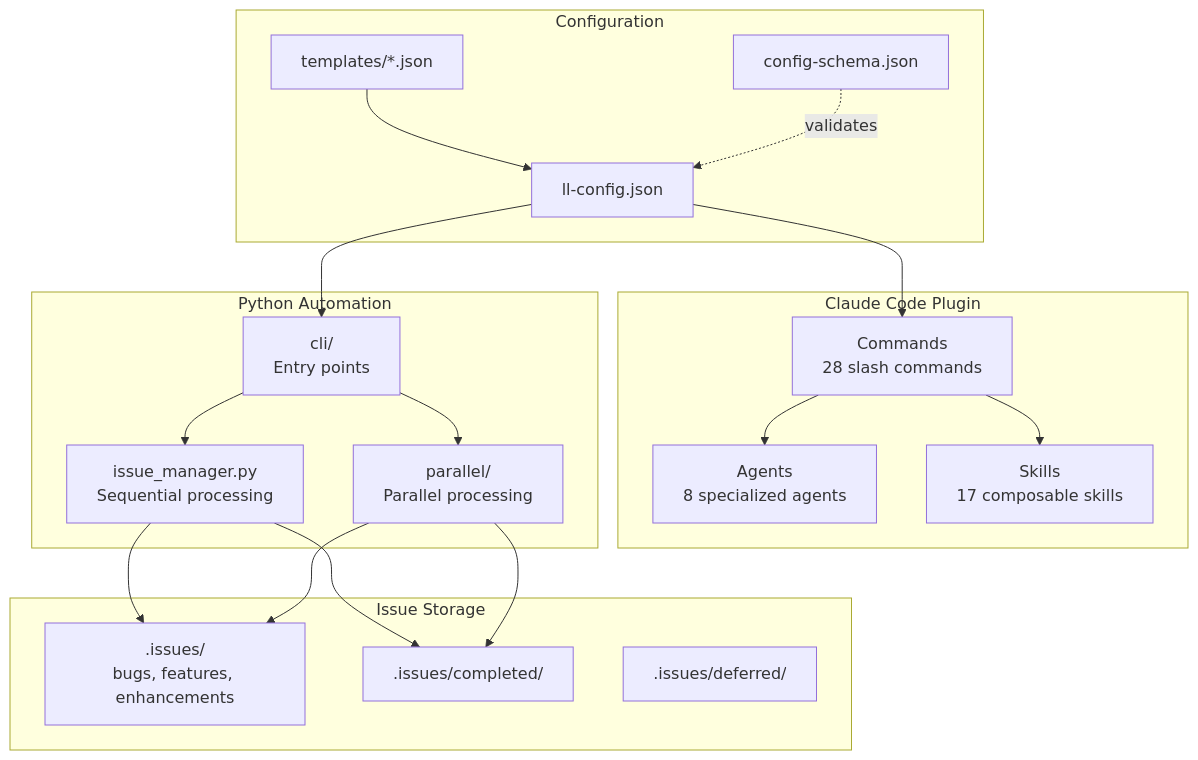
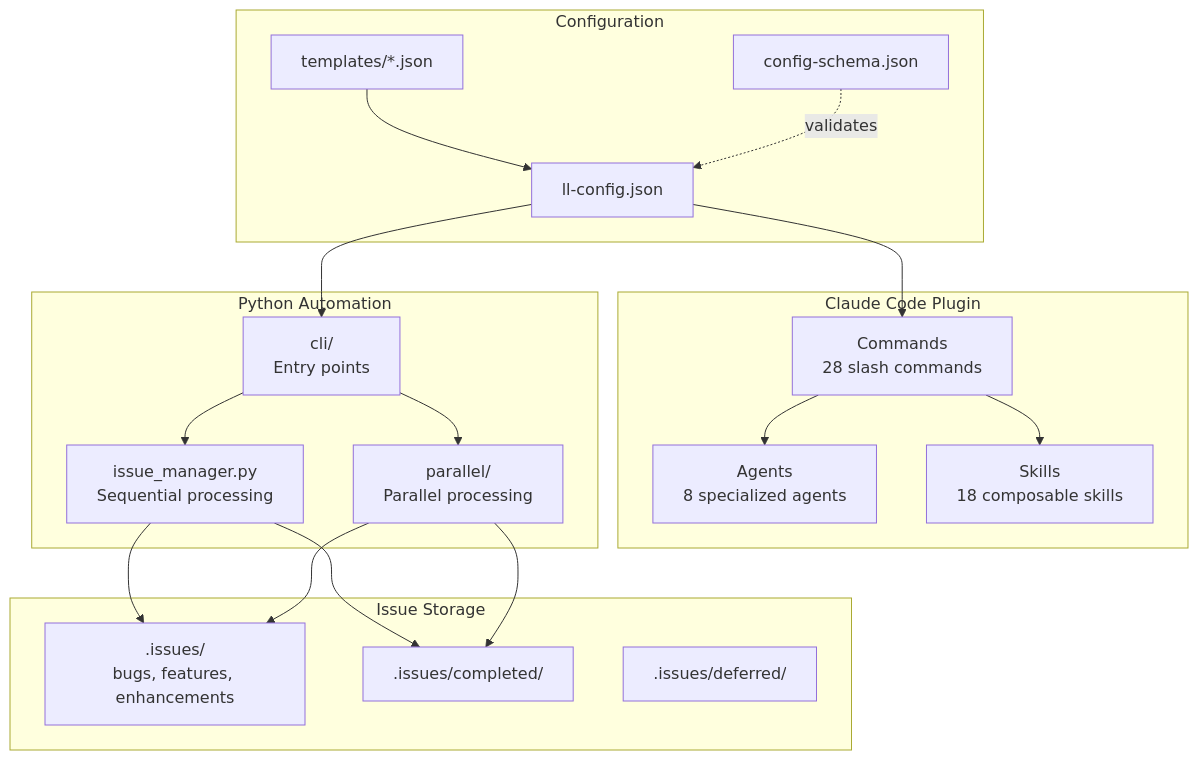
The first of 13 diagrams in docs/ARCHITECTURE.md (BrennonTWilliams/little-loops), drawn with Mermaid before and after one commit. The commit also changed other lines of this file and 3 other files, not shown here.

````diff
--- a/docs/ARCHITECTURE.md
+++ b/docs/ARCHITECTURE.md
@@ -21,39 +21,39 @@
 ```mermaid
 flowchart TB
     subgraph "Claude Code Plugin"
         CMD[Commands<br/>28 slash commands]
         AGT[Agents<br/>8 specialized agents]
-        SKL[Skills<br/>17 composable skills]
+        SKL[Skills<br/>18 composable skills]
     end
 
     subgraph "Configuration"
         CFG[ll-config.json]
         SCHEMA[config-schema.json]
         TPL[templates/*.json]
     end
 
     subgraph "Python Automation"
         CLI[cli/<br/>Entry points]
         AUTO[issue_manager.py<br/>Sequential processing]
         PARALLEL[parallel/<br/>Parallel processing]
     end
 
     subgraph "Issue Storage"
         ISSUES[.issues/<br/>bugs, features, enhancements]
         COMPLETED[.issues/completed/]
         DEFERRED[.issues/deferred/]
     end
 
     CFG --> CMD
     TPL --> CFG
     SCHEMA -.->|validates| CFG
     CFG --> CLI
     CMD --> AGT
     CMD --> SKL
     CLI --> AUTO
     CLI --> PARALLEL
     AUTO --> ISSUES
     PARALLEL --> ISSUES
     AUTO --> COMPLETED
     PARALLEL --> COMPLETED
 ```
````
